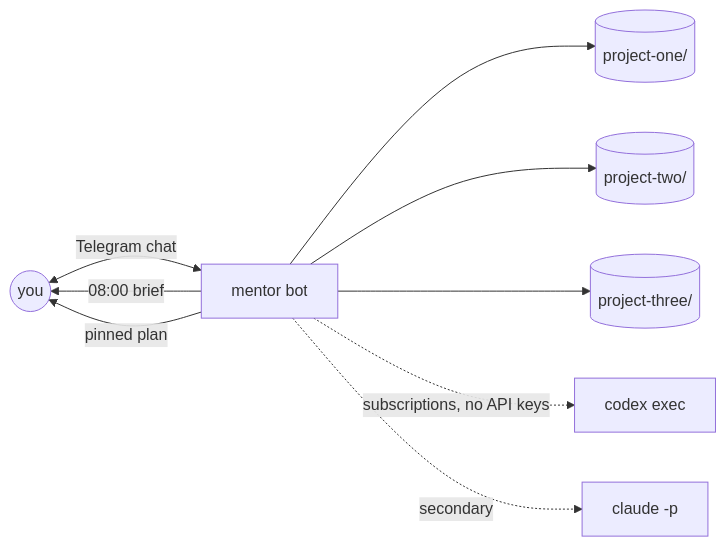
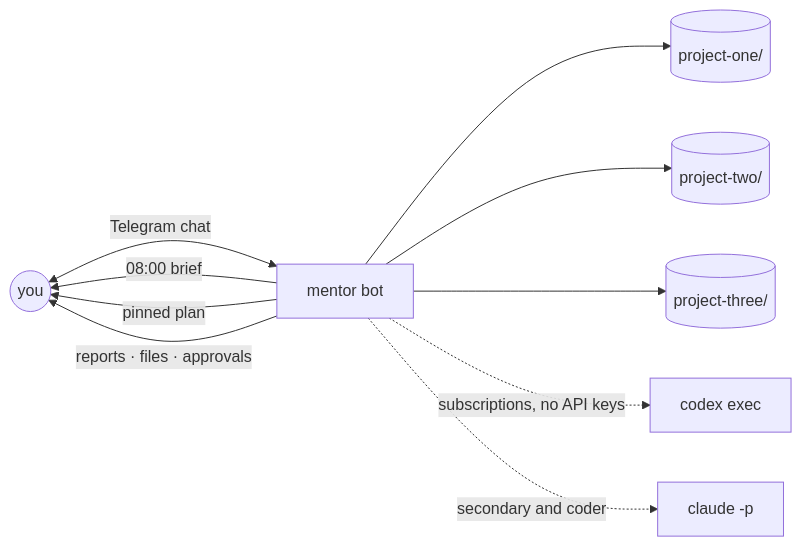
One commit to vovka/mentor-bot changed the first of 19 diagrams in docs/ARCHITECTURE.md. Above: the diagram before and after it, drawn with Mermaid. The commit also changed other lines of this file and 8 other files, not shown here.

````diff
--- a/docs/ARCHITECTURE.md
+++ b/docs/ARCHITECTURE.md
@@ -8,11 +8,12 @@
 ```mermaid
 flowchart LR
   You((you)) <-- Telegram chat --> BOT[mentor bot]
   BOT -- 08:00 brief --> You
   BOT -- pinned plan --> You
+  BOT -- reports · files · approvals --> You
   BOT --> P1[(project-one/)]
   BOT --> P2[(project-two/)]
   BOT --> P3[(project-three/)]
   BOT -. subscriptions, no API keys .-> CX[codex exec]
-  BOT -. secondary .-> CL[claude -p]
+  BOT -. secondary and coder .-> CL[claude -p]
 ```
````
